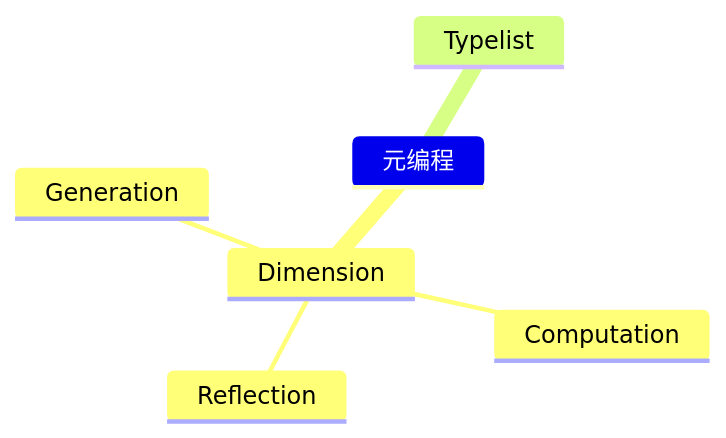
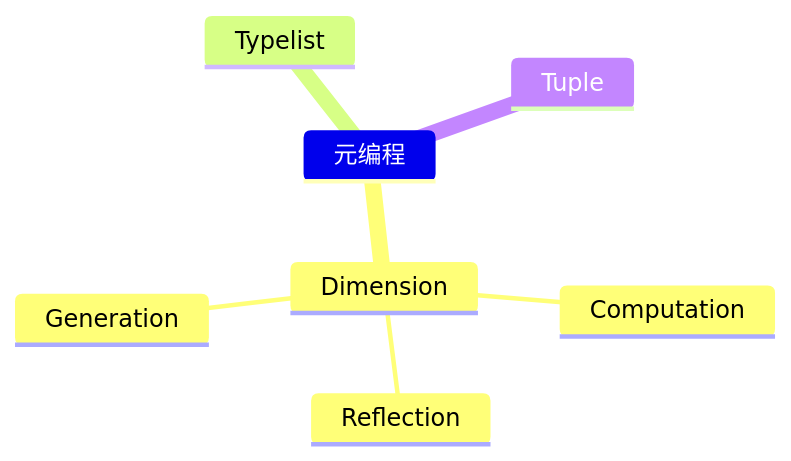
Before and after one commit to jishuguang/library: the diagram in docs/程序/C++/语法/模板/元编程.md, drawn with Mermaid. The commit also changed other lines of this file, not shown here.

Commit message:
Finish typelist and start tuple.

````diff
--- a/docs/程序/C++/语法/模板/元编程.md
+++ b/docs/程序/C++/语法/模板/元编程.md
@@ -3,9 +3,10 @@
 ```{mermaid}
 mindmap
 元编程
     Dimension
         Computation
         Reflection
         Generation
     Typelist
+    Tuple
 ```
````
